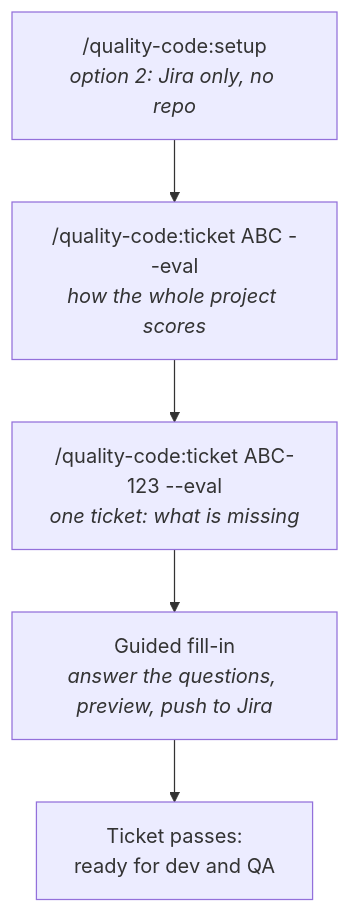
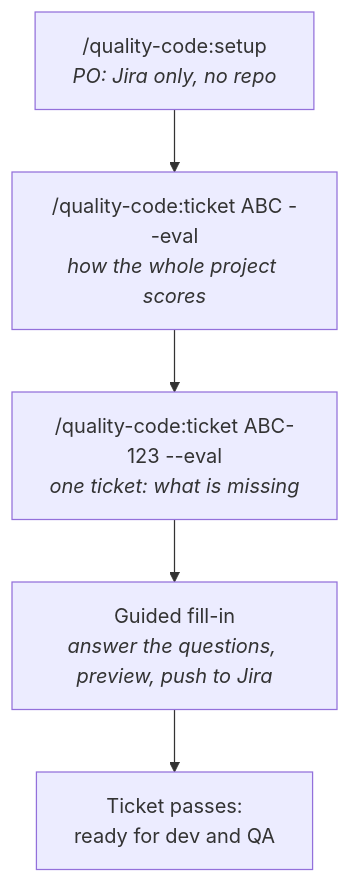
One commit to vissz28/agentic-testing changed the third of 3 diagrams in README.md. Above: the diagram before and after it, drawn with Mermaid. The commit also changed other lines of this file and 21 other files, not shown here.

````diff
--- a/README.md
+++ b/README.md
@@ -64,7 +67,7 @@
 ```mermaid
 flowchart TD
-    A["/quality-code:setup<br/><i>option 2: Jira only, no repo</i>"] --> B["/quality-code:ticket ABC --eval<br/><i>how the whole project scores</i>"]
+    A["/quality-code:setup<br/><i>PO: Jira only, no repo</i>"] --> B["/quality-code:ticket ABC --eval<br/><i>how the whole project scores</i>"]
     B --> C["/quality-code:ticket ABC-123 --eval<br/><i>one ticket: what is missing</i>"]
     C --> D["Guided fill-in<br/><i>answer the questions, preview, push to Jira</i>"]
     D --> E["Ticket passes:<br/>ready for dev and QA"]
 ```
````
